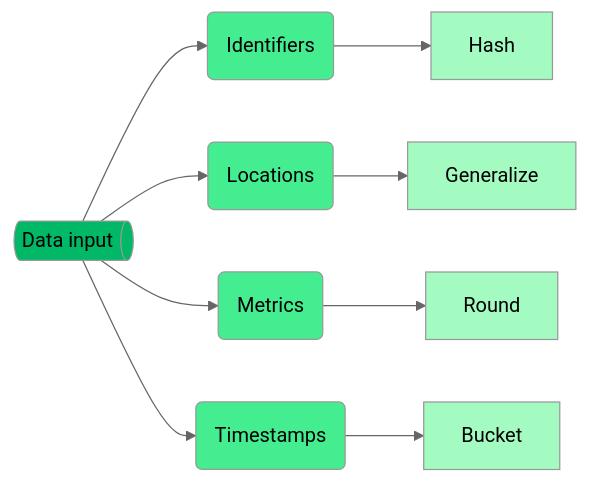
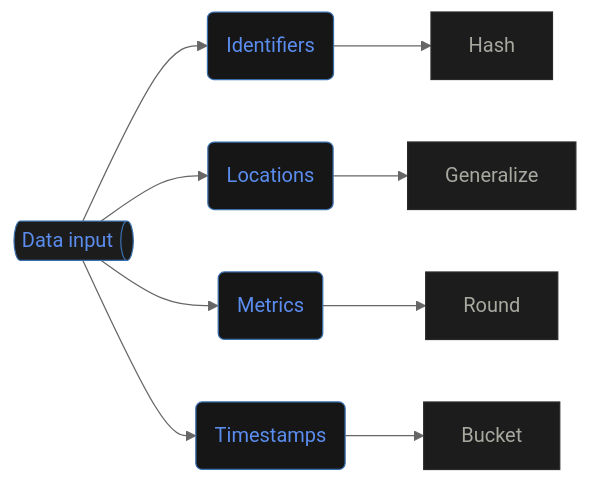
The second of 4 diagrams in content/guides/data-masking-in-telemetry.md (radra23/scryops-site), drawn with Mermaid (neutral theme) before and after one commit. The commit also changed other lines of this file, not shown here.

```diff
--- a/content/guides/data-masking-in-telemetry.md
+++ b/content/guides/data-masking-in-telemetry.md
@@ -86,19 +84,19 @@
 {{< mermaid >}}
 graph LR
     A@{ shape: das, label: "Data input"} --> B(Identifiers)
     A --> C(Locations)
     A --> D(Metrics)
     A --> E(Timestamps)
 
     B --> B1[Hash]
     C --> C1[Generalize]
     D --> D1[Round]
     E --> E1[Bucket]
     
-    style A fill:#00B866
-    classDef second fill:#44ED90
-    classDef third fill:#A4FBC2
+    style A fill:#1C1C1C,stroke:#3A6FAF,color:#5B8DEF
+    classDef second fill:#161616,stroke:#3A6FAF,color:#5B8DEF
+    classDef third fill:#1C1C1C,stroke:#2A2A2A,color:#A8A8A0
 
     class B,C,D,E second;
     class B1,C1,D1,E1 third;
 {{< /mermaid >}}
```
